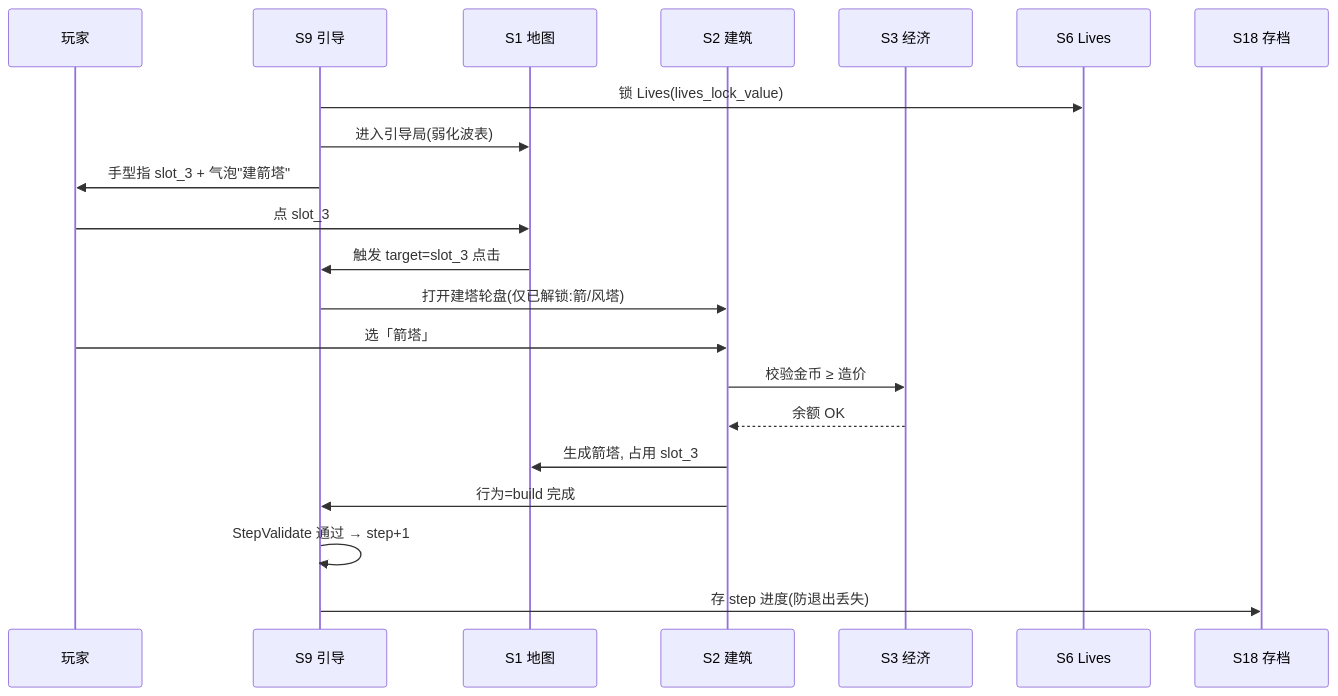
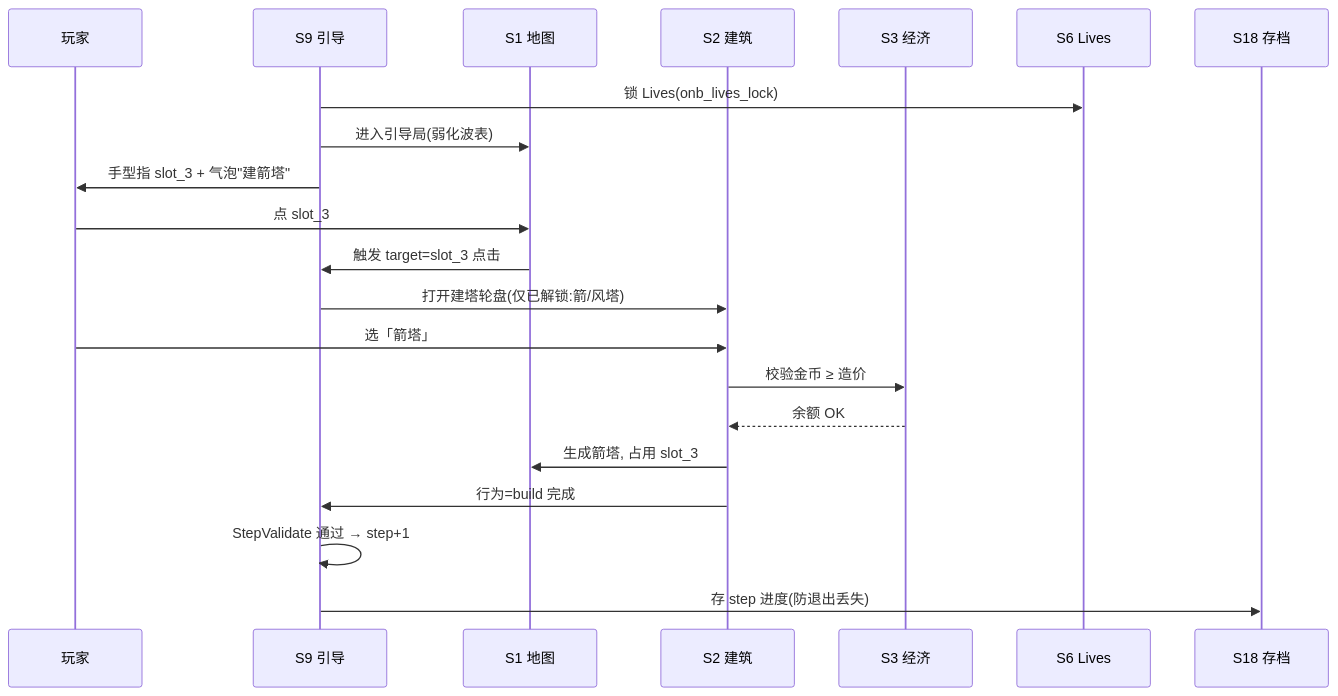
The third of 3 diagrams in docs/design/systems/S09_onboarding.md (1028176322-dot/wegame), drawn with Mermaid before and after one commit. The commit also changed other lines of this file and 137 other files, not shown here.

````diff
--- a/docs/design/systems/S09_onboarding.md
+++ b/docs/design/systems/S09_onboarding.md
@@ -137,23 +149,23 @@
 ```mermaid
 sequenceDiagram
     participant P as 玩家
     participant OB as S9 引导
     participant S1 as S1 地图
     participant S2 as S2 建筑
     participant S3 as S3 经济
     participant S6 as S6 Lives
     participant S18 as S18 存档
-    OB->>S6: 锁 Lives(lives_lock_value)
+    OB->>S6: 锁 Lives(onb_lives_lock)
     OB->>S1: 进入引导局(弱化波表)
     OB->>P: 手型指 slot_3 + 气泡"建箭塔"
     P->>S1: 点 slot_3
     S1->>OB: 触发 target=slot_3 点击
     OB->>S2: 打开建塔轮盘(仅已解锁:箭/风塔)
     P->>S2: 选「箭塔」
     S2->>S3: 校验金币 ≥ 造价
     S3-->>S2: 余额 OK
     S2->>S1: 生成箭塔, 占用 slot_3
     S2->>OB: 行为=build 完成
     OB->>OB: StepValidate 通过 → step+1
     OB->>S18: 存 step 进度(防退出丢失)
 ```
````
